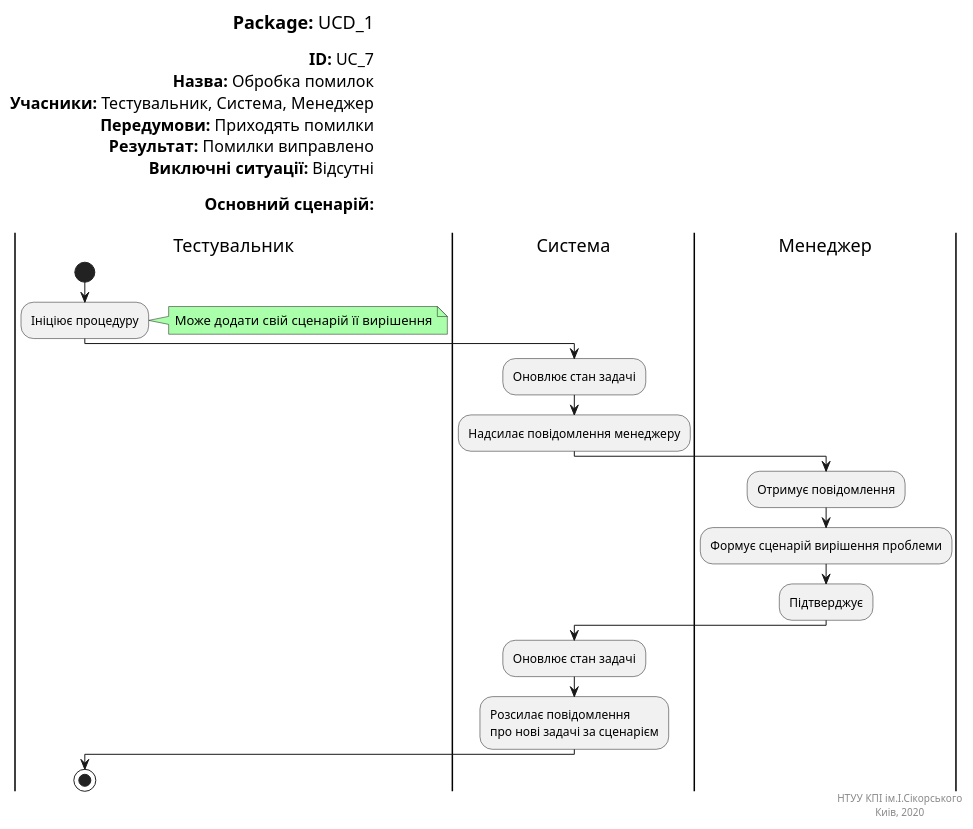
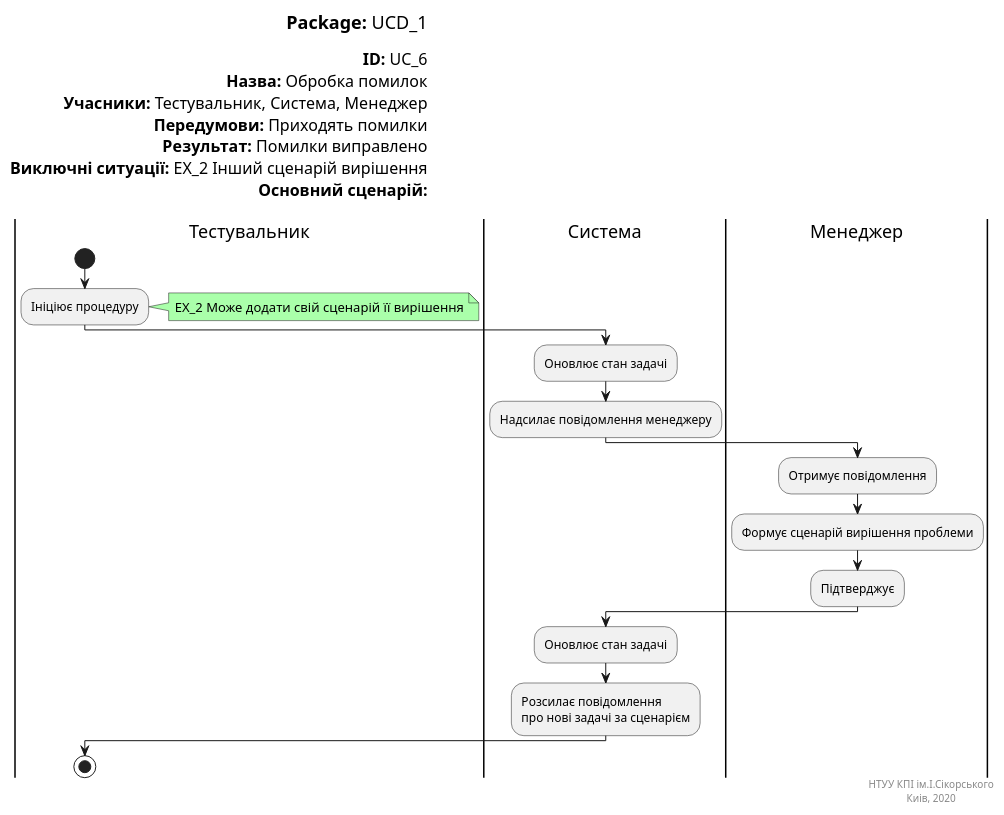
The diagram in docs/puml/handleErrors.puml (Jirobus/Core), drawn with PlantUML before and after one commit.

```diff
--- a/docs/puml/handleErrors.puml
+++ b/docs/puml/handleErrors.puml
@@ -1,44 +1,43 @@
 @startuml handleErrorsUC
 left header
 <font color=000 size=18><b>Package:</b> UCD_1
 
-<font color=000 size=16><b>ID:</b> UC_7
+<font color=000 size=16><b>ID:</b> UC_6
 <font color=000 size=16><b>Назва:</b> Обробка помилок
 <font color=000 size=16><b>Учасники:</b> Тестувальник, Система, Менеджер
 <font color=000 size=16><b>Передумови:</b> Приходять помилки
 <font color=000 size=16><b>Результат:</b> Помилки виправлено
-<font color=000 size=16><b>Виключні ситуації:</b> Відсутні
-
+<font color=000 size=16><b>Виключні ситуації:</b> EX_2 Інший сценарій вирішення
 <font color=000 size=16><b>Основний сценарій:</b> 
 
 end header
 
 |Тестувальник|
 start
 :Ініціює процедуру;
 note right #aaffaa
-Може додати свій сценарій її вирішення
+EX_2 Може додати свій сценарій її вирішення
 end note
 
 |Система|
 :Оновлює стан задачі;
 :Надсилає повідомлення менеджеру;
 
 |Менеджер|
 :Отримує повідомлення;
 :Формує сценарій вирішення проблеми;
 :Підтверджує;
 
 |Система|
 :Оновлює стан задачі;
 :Розсилає повідомлення 
 про нові задачі за сценарієм;
 
 |Тестувальник|
 stop
 
 right footer
 НТУУ КПІ ім.І.Сікорського
 Киів, 2020 
 end footer
 @enduml
```
